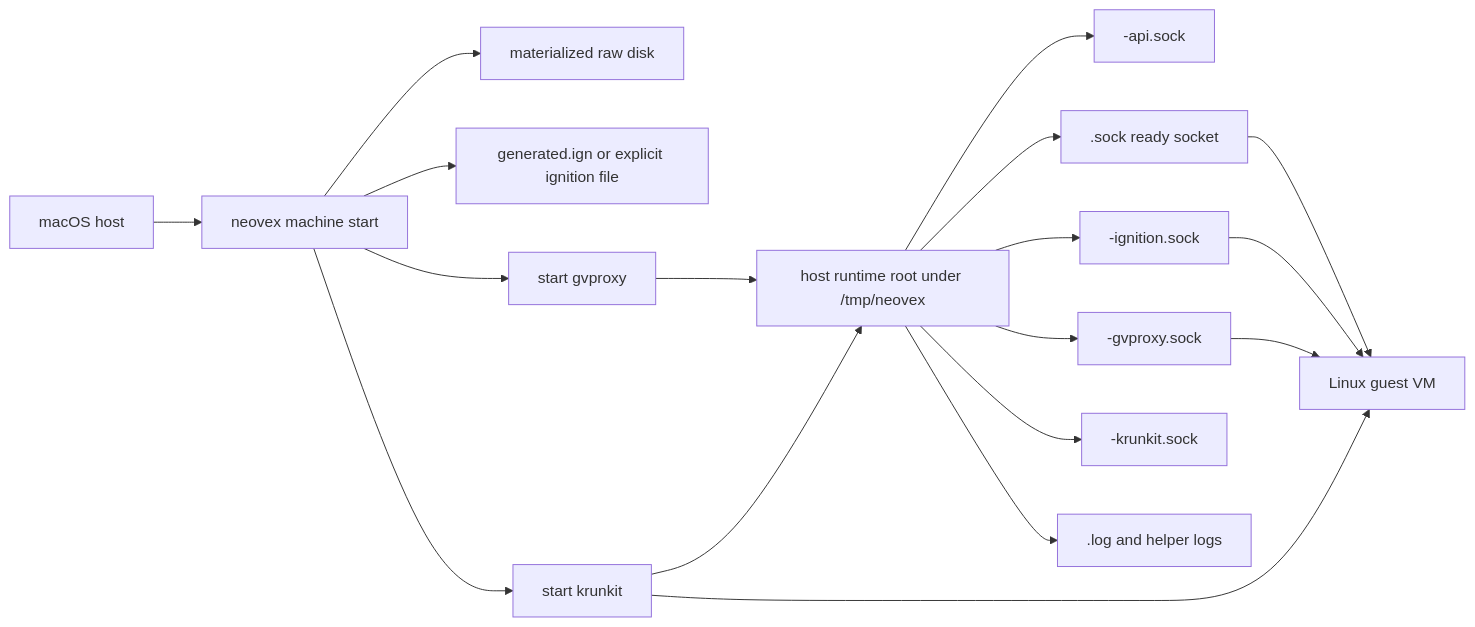
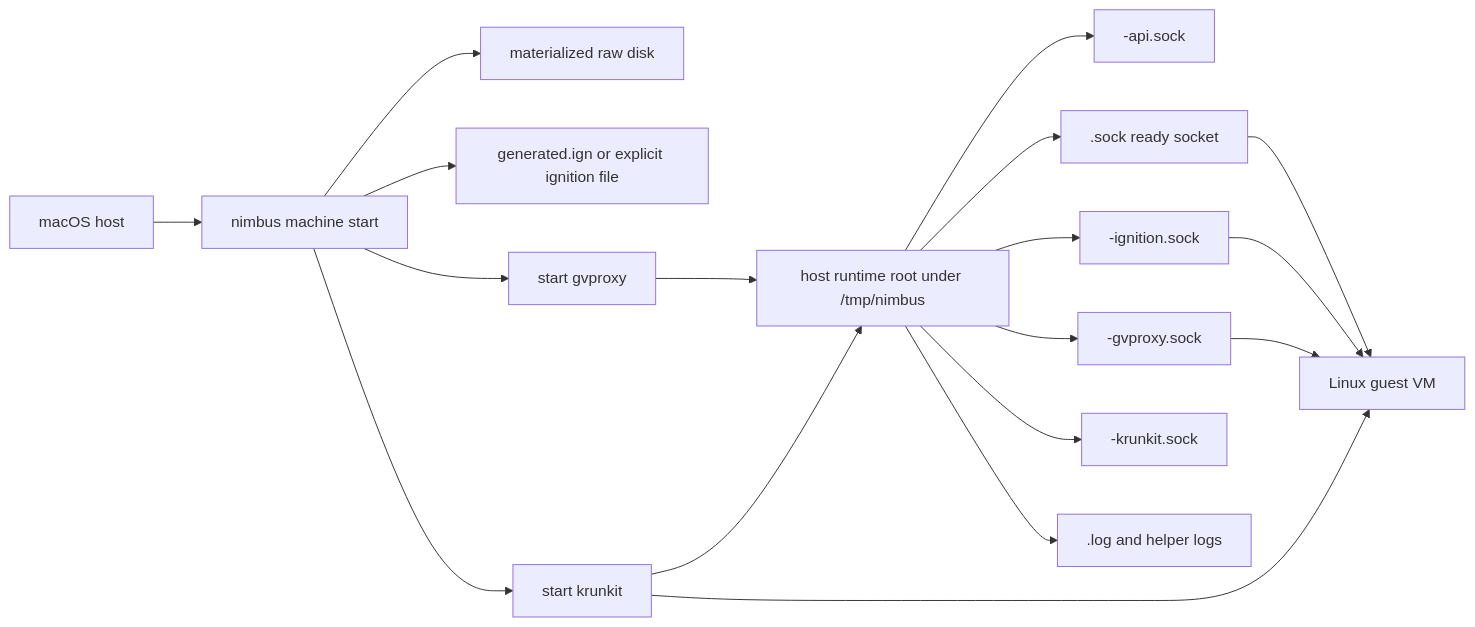
The fourth of 6 diagrams in docs/architecture/sandbox/macos-machine-flow.md (nimbus/nimbus), drawn with Mermaid before and after one commit. The commit also changed other lines of this file and 6725 other files, not shown here.

First line of the commit message:
rename: complete neovex→nimbus rebrand across entire codebase

````diff
--- a/docs/architecture/sandbox/macos-machine-flow.md
+++ b/docs/architecture/sandbox/macos-machine-flow.md
@@ -246,22 +246,22 @@
 ```mermaid
 flowchart LR
-    A["macOS host"] --> B["neovex machine start"]
+    A["macOS host"] --> B["nimbus machine start"]
     B --> C["materialized raw disk"]
     B --> D["generated.ign or explicit ignition file"]
     B --> E["start gvproxy"]
     B --> F["start krunkit"]
-    E --> G["host runtime root under /tmp/neovex"]
+    E --> G["host runtime root under /tmp/nimbus"]
     F --> G
 
     G --> H["<machine>-api.sock"]
     G --> I["<machine>.sock ready socket"]
     G --> J["<machine>-ignition.sock"]
     G --> K["<machine>-gvproxy.sock"]
     G --> L["<machine>-krunkit.sock"]
     G --> M["<machine>.log and helper logs"]
 
     F --> N["Linux guest VM"]
     J --> N
     I --> N
     K --> N
 ```
````
